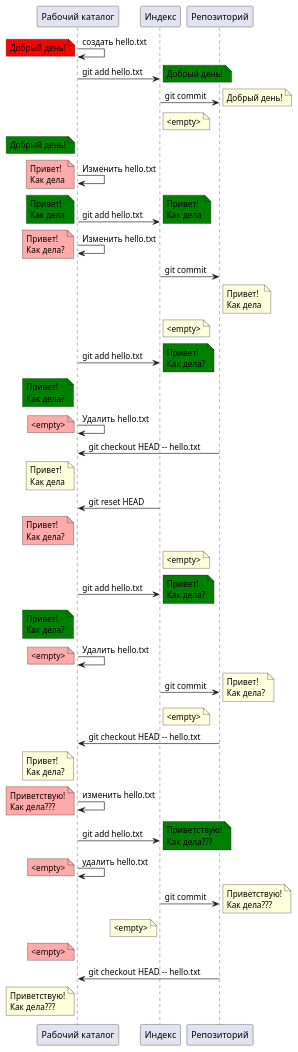
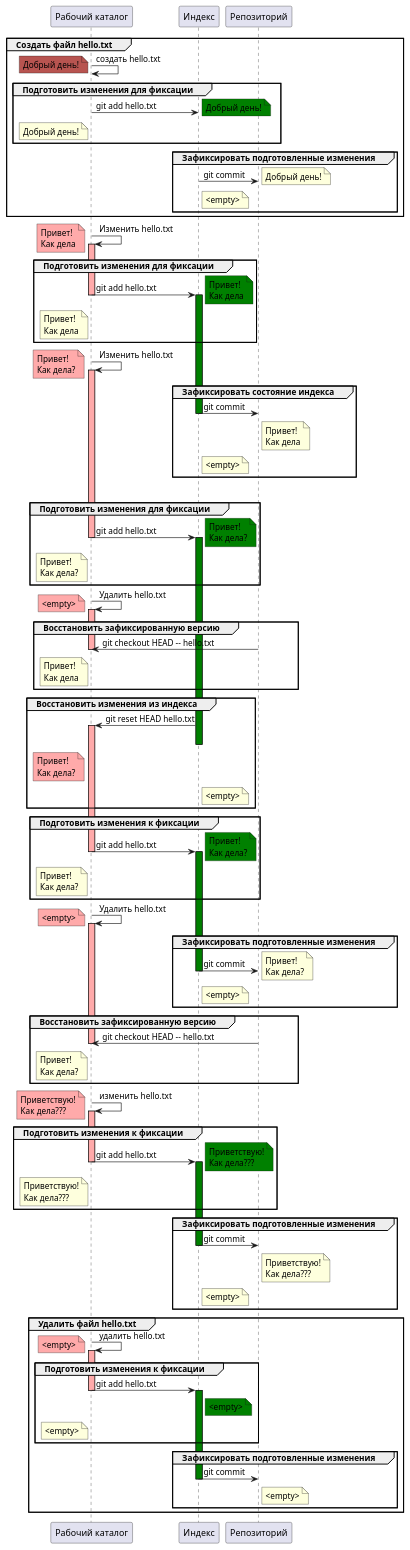
Before and after one commit to neshkeev/git-intro: the diagram in diagrams/staging.plantuml, drawn with PlantUML. The commit also changed 7 other files, not shown here.

Commit message:
Make the plantuml diagram better with colors

```diff
--- a/diagrams/staging.plantuml
+++ b/diagrams/staging.plantuml
@@ -4,149 +4,257 @@
 participant "Индекс" as i
 participant "Репозиторий" as r
 
-wt -> wt : создать hello.txt
-note left #red
-  Добрый день!
-end note
+group Создать файл hello.txt
 
-wt -> i : git add hello.txt
-note right #green
-  Добрый день!
-end note
+  wt -> wt : создать hello.txt
+  note left #B85450
+    Добрый день!
+  end note
 
-i -> r : git commit
-note right
-  Добрый день!
-end note
-note right of i: <empty>
-note left of wt #green: Добрый день!
+  group Подготовить изменения для фиксации
+
+    wt -> i : git add hello.txt
+    note right #green
+      Добрый день!
+    end note
+
+    note left of wt
+      Добрый день!
+    end note
+  end
+
+  group Зафиксировать подготовленные изменения
+    i -> r : git commit
+    note right
+      Добрый день!
+    end note
+
+    note right of i: <empty>
+  end
+end
 
 wt -> wt : Изменить hello.txt
+
+activate wt #FFAAAA
+
 note left #FFAAAA
   Привет!
   Как дела
 end note
 
-wt -> i : git add hello.txt
-note right #green
-  Привет!
-  Как дела
-end note
+group Подготовить изменения для фиксации
 
-note left #green
-  Привет!
-  Как дела
-end note
+  wt -> i : git add hello.txt
+  note right #green
+    Привет!
+    Как дела
+  end note
+  deactivate wt
+
+  activate i #green
+
+  note left of wt
+    Привет!
+    Как дела
+  end note
+end
 
 wt -> wt : Изменить hello.txt
+activate wt #FFAAAA
+
 note left #FFAAAA
   Привет!
   Как дела?
 end note
 
-i -> r : git commit
-note right of r
-  Привет!
-  Как дела
-end note
+group Зафиксировать состояние индекса
+  i -> r : git commit
 
-note right of i: <empty>
+  deactivate i
 
-wt -> i: git add hello.txt
-note right #green
-  Привет!
-  Как дела?
-end note
+  note right of r
+    Привет!
+    Как дела
+  end note
 
-note left of wt #green
-  Привет!
-  Как дела?
-end note
+  note right of i: <empty>
+end
+
+group Отменить изменения
+  group Подготовить изменения для фиксации
+
+    wt -> i: git add hello.txt
+
+    deactivate wt
+
+    note right #green
+      Привет!
+      Как дела?
+    end note
+
+    activate i #green
+
+    note left of wt
+      Привет!
+      Как дела?
+    end note
+  end
+
+  wt -> wt : Удалить hello.txt
+
+  activate wt #FFAAAA
+
+  note left #FFAAAA
+    <empty>
+  end note
+
+group Восстановить зафиксированную версию
+  wt <- r: git checkout HEAD -- hello.txt
+  deactivate wt
+  note left of wt
+    Привет!
+    Как дела
+  end note
+end
+
+group Восстановить изменения из индекса
+  wt <- i : git reset HEAD hello.txt
+  note left of wt #FFAAAA
+    Привет!
+    Как дела?
+  end note
+
+  activate wt #FFAAAA
+
+  deactivate i
+
+  note right of i
+    <empty>
+  end note
+
+end
+
+group Подготовить изменения к фиксации
+  wt -> i: git add hello.txt
+
+  deactivate wt
+
+  note right #green
+    Привет!
+    Как дела?
+  end note
+
+  activate i #green
+
+  note left of wt
+    Привет!
+    Как дела?
+  end note
+end
 
 wt -> wt : Удалить hello.txt
+
+activate wt #FFAAAA
+
 note left #FFAAAA
   <empty>
 end note
 
-wt <- r: git checkout HEAD -- hello.txt
-note left of wt
-  Привет!
-  Как дела
-end note
+group Зафиксировать подготовленные изменения
+  i -> r : git commit
+  note right
+    Привет!
+    Как дела?
+  end note
 
-wt <- i : git reset HEAD
-note left of wt #FFAAAA
-  Привет!
-  Как дела?
-end note
+  deactivate i
 
-note right of i
-  <empty>
-end note
+  note right of i: <empty>
+end
 
-wt -> i: git add hello.txt
-note right #green
-  Привет!
-  Как дела?
-end note
+group Восстановить зафиксированную версию
+  wt <- r: git checkout HEAD -- hello.txt
 
-note left of wt #green
-  Привет!
-  Как дела?
-end note
+  deactivate wt
 
-wt -> wt : Удалить hello.txt
-note left #FFAAAA
-  <empty>
-end note
-
-i -> r : git commit
-note right
-  Привет!
-  Как дела?
-end note
-
-note right of i: <empty>
-
-wt <- r: git checkout HEAD -- hello.txt
-note left of wt
-  Привет!
-  Как дела?
-end note
+  note left of wt
+    Привет!
+    Как дела?
+  end note
+end
 
 wt -> wt: изменить hello.txt
+
+activate wt #FFAAAA
+
 note left #FFAAAA
   Приветствую!
   Как дела???
 end note
 
-wt -> i : git add hello.txt
-note right #green
-  Приветствую!
-  Как дела???
-end note
+group Подготовить изменения к фиксации
+  wt -> i : git add hello.txt
+  deactivate wt
+  note right #green
+    Приветствую!
+    Как дела???
+  end note
 
-wt -> wt : удалить hello.txt
-note left #FFAAAA
-  <empty>
-end note
+  activate i #green
 
-i -> r : git commit
-note left of i
-  <empty>
-end note
+  note left of wt
+    Приветствую!
+    Как дела???
+  end note
+end
 
-note right
-  Приветствую!
-  Как дела???
-end note
-note left of wt #FFAAAA
-  <empty>
-end note
+group Зафиксировать подготовленные изменения
+  i -> r : git commit
 
-wt <- r: git checkout HEAD -- hello.txt
-note left of wt
-  Приветствую!
-  Как дела???
-end note
+  deactivate i
+ 
+  note right of r
+    Приветствую!
+    Как дела???
+  end note
+
+  note right of i
+    <empty>
+  end note
+end
+
+group Удалить файл hello.txt
+  wt -> wt : удалить hello.txt
+
+  activate wt #FFAAAA
+
+  note left #FFAAAA
+    <empty>
+  end note
+
+  group Подготовить изменения к фиксации
+    wt -> i: git add hello.txt
+
+    deactivate wt
+
+    note right of i #green
+      <empty>
+    end note
+
+    activate i #green
+
+    note left of wt
+      <empty>
+    end note
+  end
+
+  group Зафиксировать подготовленные изменения
+    i -> r : git commit
+    deactivate i
+    note right of r
+      <empty>
+    end note
+  end
+end
+
 @enduml
```
